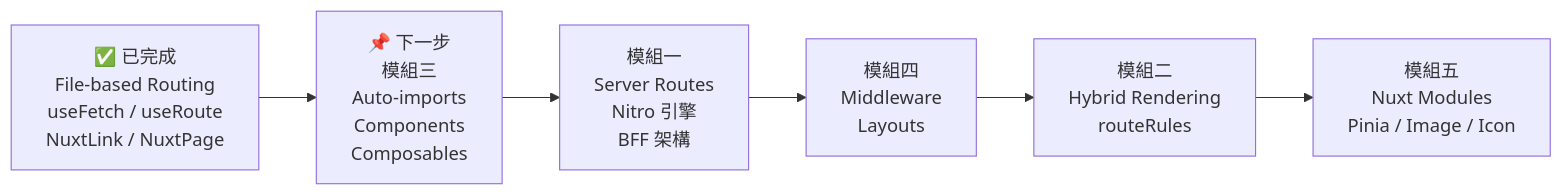
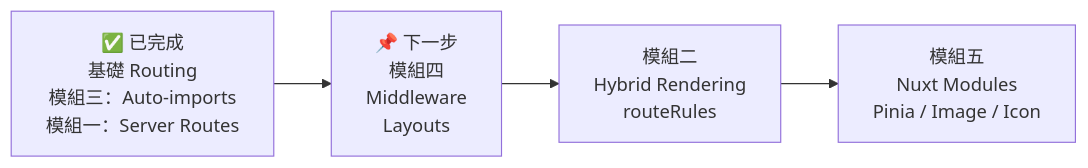
The diagram in nuxt_learning_roadmap.md (JeffLin0225/Demo-Nuxt), drawn with Mermaid before and after one commit. The commit also changed other lines of this file and 7 other files, not shown here.

````diff
--- a/nuxt_learning_roadmap.md
+++ b/nuxt_learning_roadmap.md
@@ -475,8 +475,6 @@
 ```mermaid
 graph LR
-    A["✅ 已完成<br/>File-based Routing<br/>useFetch / useRoute<br/>NuxtLink / NuxtPage"] --> B["📌 下一步<br/>模組三<br/>Auto-imports<br/>Components<br/>Composables"]
-    B --> C["模組一<br/>Server Routes<br/>Nitro 引擎<br/>BFF 架構"]
-    C --> D["模組四<br/>Middleware<br/>Layouts"]
-    D --> E["模組二<br/>Hybrid Rendering<br/>routeRules"]
+    A["✅ 已完成<br/>基礎 Routing<br/>模組三：Auto-imports<br/>模組一：Server Routes"] --> B["📌 下一步<br/>模組四<br/>Middleware<br/>Layouts"]
+    B --> E["模組二<br/>Hybrid Rendering<br/>routeRules"]
     E --> F["模組五<br/>Nuxt Modules<br/>Pinia / Image / Icon"]
 ```
````
